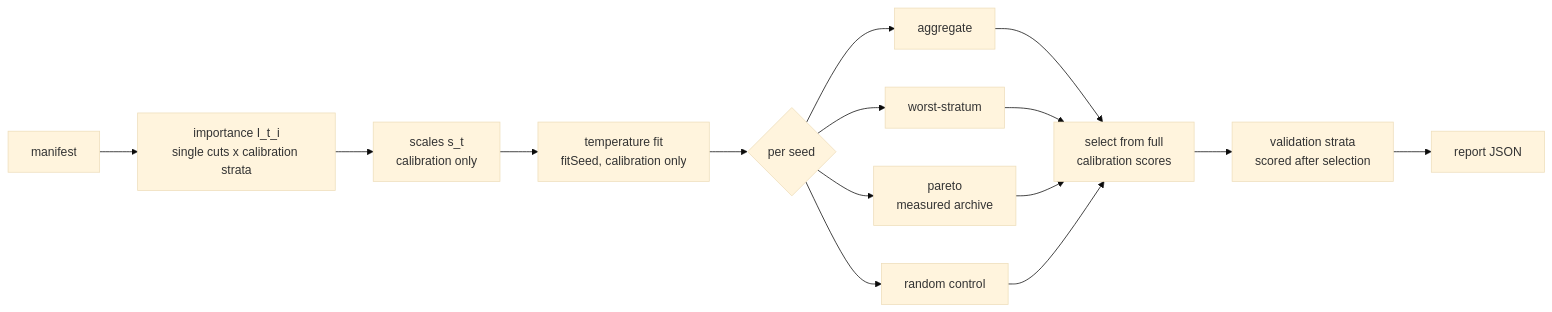
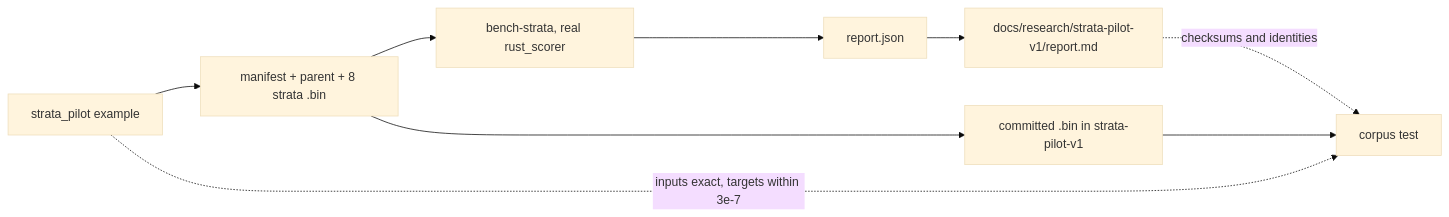
Before and after one commit to stSoftwareAU/NEAT-AI-Ockham: the diagram in docs/archive/pr-summaries/pr-summary-263.md, drawn with Mermaid (base theme). The commit also changed other lines of this file and 18 other files, not shown here.

First line of the commit message:
Experiment: Compare worst-stratum ablation guidance and Pareto pruning (Issue #263) (#272)

````diff
--- a/docs/archive/pr-summaries/pr-summary-263.md
+++ b/docs/archive/pr-summaries/pr-summary-263.md
@@ -82,14 +96,11 @@
 ```mermaid
 flowchart LR
-    M[manifest] --> I[importance I_t_i<br/>single cuts x calibration strata]
-    I --> S[scales s_t<br/>calibration only]
-    S --> T[temperature fit<br/>fitSeed, calibration only]
-    T --> A{per seed}
-    A --> AG[aggregate]
-    A --> WS[worst-stratum]
-    A --> PA[pareto<br/>measured archive]
-    A --> RA[random control]
-    AG & WS & PA & RA --> SEL[select from full<br/>calibration scores]
-    SEL --> V[validation strata<br/>scored after selection]
-    V --> R[report JSON]
+    G[strata_pilot example] --> I[manifest + parent + 8 strata .bin]
+    I --> B[bench-strata, real rust_scorer]
+    B --> R[report.json]
+    R --> W[docs/research/strata-pilot-v1/report.md]
+    I --> C[committed .bin in strata-pilot-v1]
+    W -. checksums and identities .-> T[corpus test]
+    C --> T
+    G -. inputs exact, targets within 3e-7 .-> T
 ```
````
